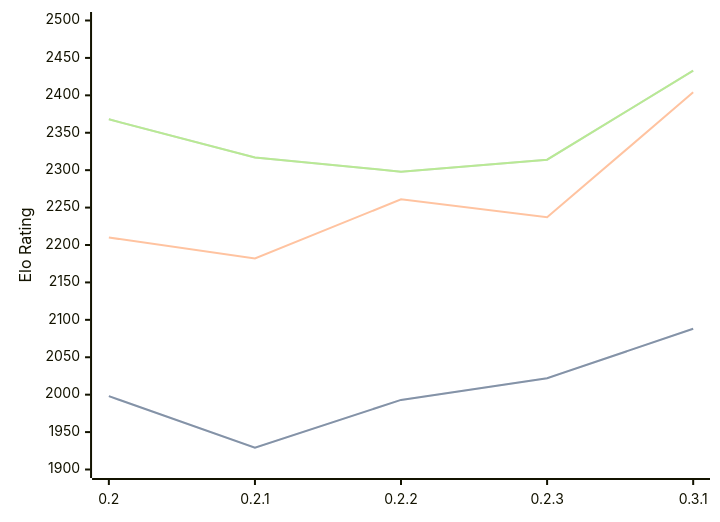
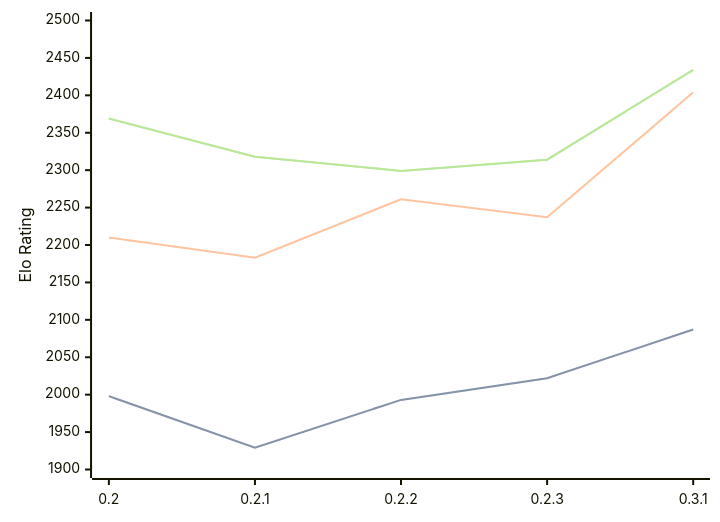
The diagram in engines/Lolbot.md (computer-chess-index/cci), drawn with Mermaid before and after one commit. The commit also changed other lines of this file, not shown here.

Commit message:
Update CCI Ratings (ELO VLTC) - 2026-08-29

````diff
--- a/engines/Lolbot.md
+++ b/engines/Lolbot.md
@@ -35,11 +35,11 @@
 ```mermaid
 %%{init: {"theme":"base","themeVariables":{"seriesColors:['#a3a3a3','#222221','#faa371']}}}%%
 xychart-beta
   x-axis ["0.2", "0.2.1", "0.2.2", "0.2.3", "0.3.1"]
   y-axis "Elo Rating" 1900 --> 2500
-  line "" [1998, 1929, 1993, 2022, 2088]
-  line "STC (8.0+0.08s)" [1998, 1929, 1993, 2022, 2088]
-  line "LTC (60.0+0.60s)" [2210, 2182, 2261, 2237, 2404]
-  line "" [2368, 2317, 2298, 2314, 2433]
-  line "VLTC (2m24s+1.12s)" [2368, 2317, 2298, 2314, 2433]
+  line "" [1998, 1929, 1993, 2022, 2087]
+  line "STC (8.0+0.08s)" [1998, 1929, 1993, 2022, 2087]
+  line "LTC (60.0+0.60s)" [2210, 2183, 2261, 2237, 2404]
+  line "" [2369, 2318, 2299, 2314, 2434]
+  line "VLTC (2m24s+1.12s)" [2369, 2318, 2299, 2314, 2434]
 ```
````
